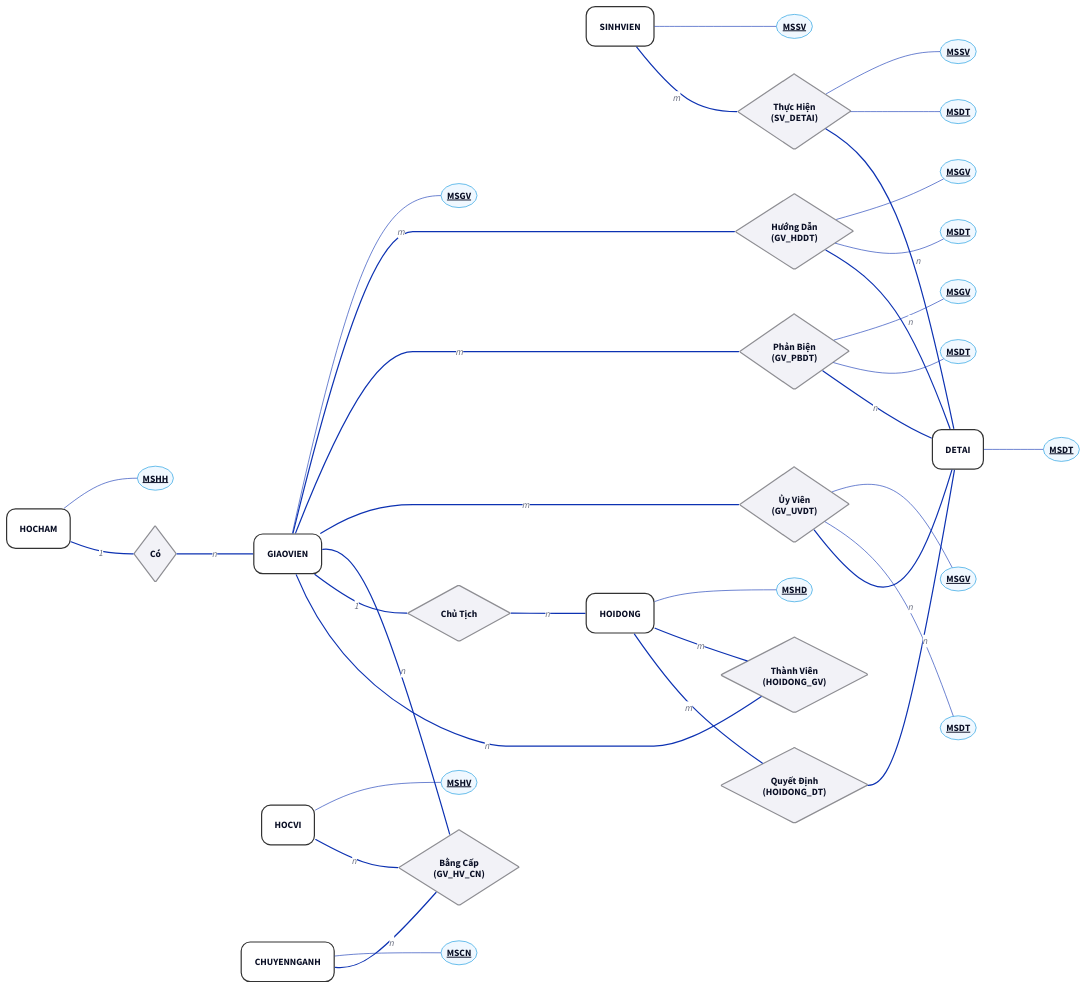
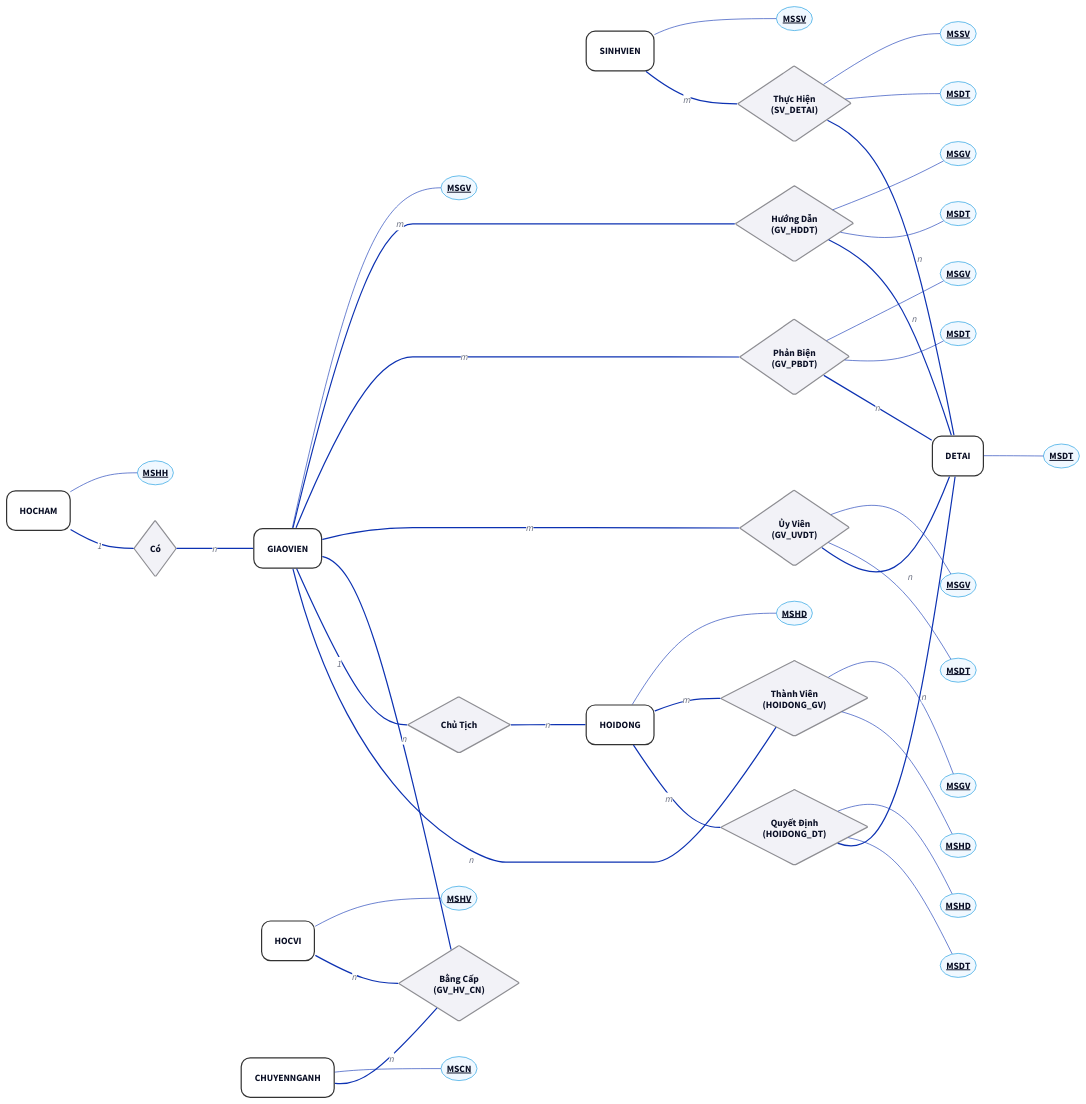
Before and after one commit to sam-uit/typst-report-template: the diagram in content/diagrams/BTTH6-ER.d2, drawn with D2.

```diff
--- a/content/diagrams/BTTH6-ER.d2
+++ b/content/diagrams/BTTH6-ER.d2
@@ -140,6 +140,18 @@
 gv_uvdt_msdt: {class: attr_pri; label: "MSDT"}
 GV_UVDT -- gv_uvdt_msdt: {style: {stroke-width: 1}}
 
+hoidong_gv_msgv: {class: attr_pri; label: "MSGV"}
+HOIDONG_GV -- hoidong_gv_msgv: {style: {stroke-width: 1}}
+
+hoidong_gv_mshd: {class: attr_pri; label: "MSHD"}
+HOIDONG_GV -- hoidong_gv_mshd: {style: {stroke-width: 1}}
+
+hoidong_dt_mshd: {class: attr_pri; label: "MSHD"}
+HOIDONG_DT -- hoidong_dt_mshd: {style: {stroke-width: 1}}
+
+hoidong_dt_msdt: {class: attr_pri; label: "MSDT"}
+HOIDONG_DT -- hoidong_dt_msdt: {style: {stroke-width: 1}}
+
 # Ternary Relationship (GV_HV_CN)
 GV_HV_CN: {class: rel; label: "Bằng Cấp\n(GV_HV_CN)"}
 
```
